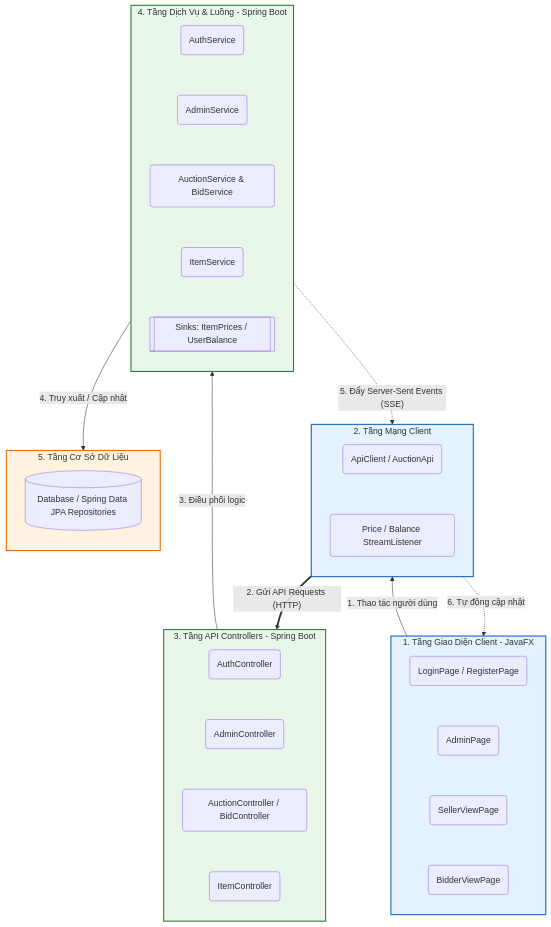
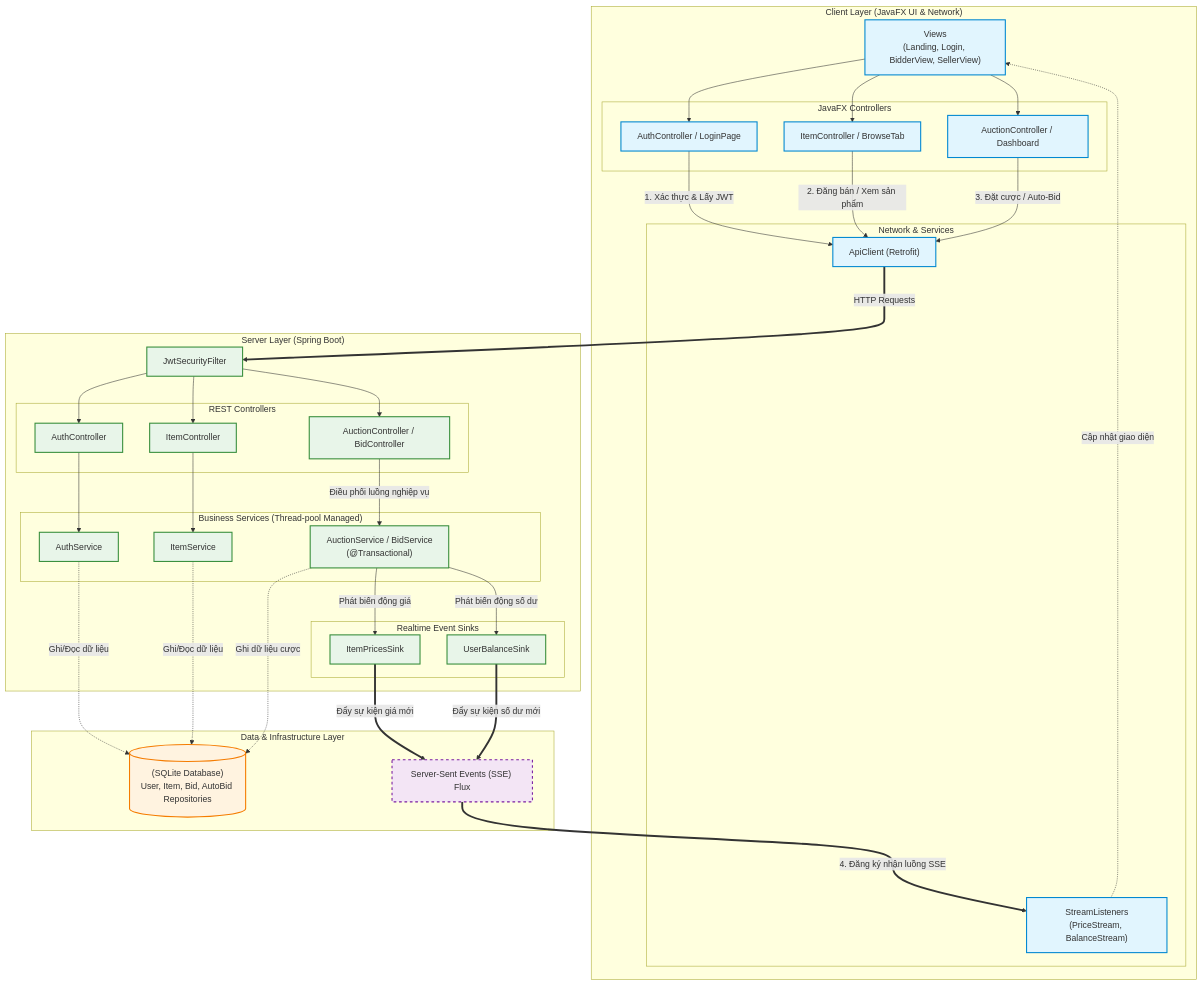
Before and after one commit to melowmolly2/obsidian: the diagram in Báo cáo Bài tập lớn.md, drawn with Mermaid.

Commit message:
vault backup: 2026-06-06 17:11:22

````diff
--- a/Báo cáo Bài tập lớn.md
+++ b/Báo cáo Bài tập lớn.md
@@ -10,58 +10,84 @@
 ```mermaid
-flowchart TD
-    %% TẦNG 1: FRONTEND UI
-    subgraph Layer1 [1. Tầng Giao Diện Client - JavaFX]
-        direction TB
-        UI_Auth(LoginPage / RegisterPage) ~~~ UI_Admin(AdminPage)
-        UI_Admin ~~~ UI_Seller(SellerViewPage)
-        UI_Seller ~~~ UI_Bidder(BidderViewPage)
+graph TD
+    %% Định nghĩa các style
+    classDef frontend fill:#e1f5fe,stroke:#0288d1,stroke-width:2px;
+    classDef backend fill:#e8f5e9,stroke:#388e3c,stroke-width:2px;
+    classDef database fill:#fff3e0,stroke:#f57c00,stroke-width:2px;
+    classDef sse fill:#f3e5f5,stroke:#7b1fa2,stroke-width:2px,stroke-dasharray: 5 5;
+
+    %% PHÂN VÙNG 1: FRONTEND (Client Browser / Mobile / JavaFX)
+    subgraph Frontend ["Client Layer (JavaFX UI & Network)"]
+        UI_Views["Views\n(Landing, Login, BidderView, SellerView)"]:::frontend
+        
+        subgraph F_Controllers ["JavaFX Controllers"]
+            C_Auth["AuthController / LoginPage"]:::frontend
+            C_Item["ItemController / BrowseTab"]:::frontend
+            C_Auction["AuctionController / Dashboard"]:::frontend
+        end
+        
+        subgraph F_Network ["Network & Services"]
+            API_Client["ApiClient (Retrofit)"]:::frontend
+            SSE_Listeners["StreamListeners\n(PriceStream, BalanceStream)"]:::frontend
+        end
+
+        UI_Views --> C_Auth
+        UI_Views --> C_Item
+        UI_Views --> C_Auction
+        
+        C_Auth -->|1. Xác thực & Lấy JWT| API_Client
+        C_Item -->|2. Đăng bán / Xem sản phẩm| API_Client
+        C_Auction -->|3. Đặt cược / Auto-Bid| API_Client
     end
 
-    %% TẦNG 2: FRONTEND NETWORK
-    subgraph Layer2 [2. Tầng Mạng Client]
-        direction TB
-        Net_Req(ApiClient / AuctionApi) ~~~ Net_Listen(Price / Balance StreamListener)
+    %% PHÂN VÙNG 2: BACKEND (Spring Boot Server)
+    subgraph Backend ["Server Layer (Spring Boot)"]
+        JwtFilter["JwtSecurityFilter"]:::backend
+
+        subgraph B_Controllers ["REST Controllers"]
+            B_AuthC["AuthController"]:::backend
+            B_ItemC["ItemController"]:::backend
+            B_AuctionC["AuctionController / BidController"]:::backend
+        end
+
+        subgraph B_Services ["Business Services (Thread-pool Managed)"]
+            B_AuthS["AuthService"]:::backend
+            B_ItemS["ItemService"]:::backend
+            B_AuctionS["AuctionService / BidService\n(@Transactional)"]:::backend
+        end
+
+        subgraph B_Sinks ["Realtime Event Sinks"]
+            Sink_Price["ItemPricesSink"]:::backend
+            Sink_Balance["UserBalanceSink"]:::backend
+        end
+
+        JwtFilter --> B_AuthC
+        JwtFilter --> B_ItemC
+        JwtFilter --> B_AuctionC
+
+        B_AuthC --> B_AuthS
+        B_ItemC --> B_ItemS
+        B_AuctionC -->|Điều phối luồng nghiệp vụ| B_AuctionS
+
+        B_AuctionS -->|Phát biến động giá| Sink_Price
+        B_AuctionS -->|Phát biến động số dư| Sink_Balance
     end
 
-    %% TẦNG 3: BACKEND CONTROLLER
-    subgraph Layer3 [3. Tầng API Controllers - Spring Boot]
-        direction TB
-        Ctrl_Auth(AuthController) ~~~ Ctrl_Admin(AdminController)
-        Ctrl_Admin ~~~ Ctrl_Auction(AuctionController / BidController)
-        Ctrl_Auction ~~~ Ctrl_Item(ItemController)
+    %% PHÂN VÙNG 3: DATA & INFRASTRUCTURE
+    subgraph Infrastructure ["Data & Infrastructure Layer"]
+        DB[("(SQLite Database)\nUser, Item, Bid, AutoBid Repositories")]:::database
+        SSE_Flux["Server-Sent Events (SSE) Flux"]:::sse
     end
 
-    %% TẦNG 4: BACKEND SERVICE & SINK
-    subgraph Layer4 [4. Tầng Dịch Vụ & Luồng - Spring Boot]
-        direction TB
-        Svc_Auth(AuthService) ~~~ Svc_Admin(AdminService)
-        Svc_Admin ~~~ Svc_Auction(AuctionService & BidService)
-        Svc_Auction ~~~ Svc_Item(ItemService)
-        Svc_Item ~~~ Sinks[[Sinks: ItemPrices / UserBalance]]
-    end
+    %% CÁC LIÊN KẾT GIỮA CÁC LAYER
+    API_Client ===>|HTTP Requests| JwtFilter
+    
+    B_AuthS -.->|Ghi/Đọc dữ liệu| DB
+    B_ItemS -.->|Ghi/Đọc dữ liệu| DB
+    B_AuctionS -.->|Ghi dữ liệu cược| DB
 
-    %% TẦNG 5: BACKEND DATABASE
-    subgraph Layer5 [5. Tầng Cơ Sở Dữ Liệu]
-        direction TB
-        DB[(Database / Spring Data JPA Repositories)]
-    end
+    Sink_Price ==>|Đẩy sự kiện giá mới| SSE_Flux
+    Sink_Balance ==>|Đẩy sự kiện số dư mới| SSE_Flux
 
-    %% LUỒNG GIAO TIẾP (Nối giữa các tầng để giữ sơ đồ thẳng đứng)
-    Layer1 -->|1. Thao tác người dùng| Layer2
-    Layer2 == "2. Gửi API Requests (HTTP)" ==> Layer3
-    Layer3 -->|3. Điều phối logic| Layer4
-    Layer4 -->|4. Truy xuất / Cập nhật| Layer5
-
-    %% LUỒNG REAL-TIME ĐI NGƯỢC LÊN
-    Layer4 -. "5. Đẩy Server-Sent Events (SSE)" .-> Layer2
-    Layer2 -. "6. Tự động cập nhật" .-> Layer1
-
-    %% ĐỊNH DẠNG MÀU SẮC
-    classDef clientLayer fill:#e3f2fd,stroke:#1565c0,stroke-width:2px;
-    classDef serverLayer fill:#e8f5e9,stroke:#2e7d32,stroke-width:2px;
-    classDef dbLayer fill:#fff3e0,stroke:#ef6c00,stroke-width:2px;
-
-    class Layer1,Layer2 clientLayer;
-    class Layer3,Layer4 serverLayer;
-    class Layer5 dbLayer;
+    SSE_Flux ===>|4. Đăng ký nhận luồng SSE| SSE_Listeners
+    SSE_Listeners -.->|Cập nhật giao diện| UI_Views
 ```
````
